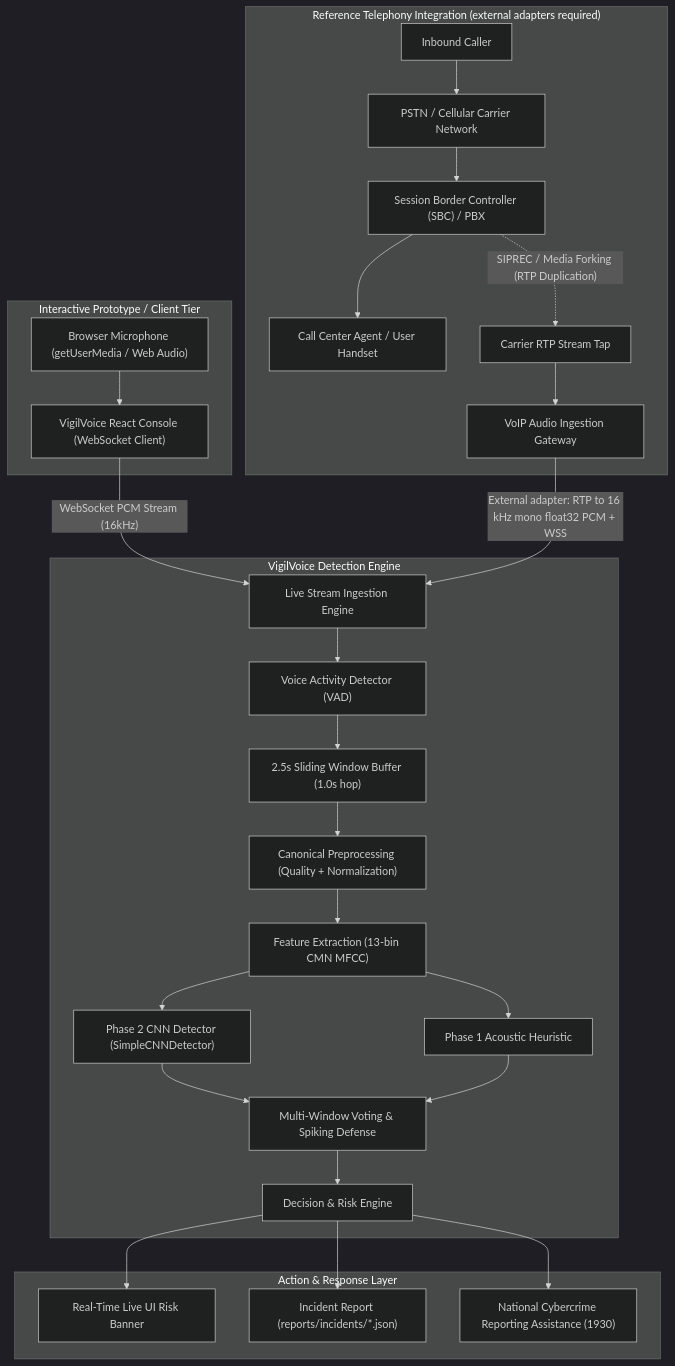
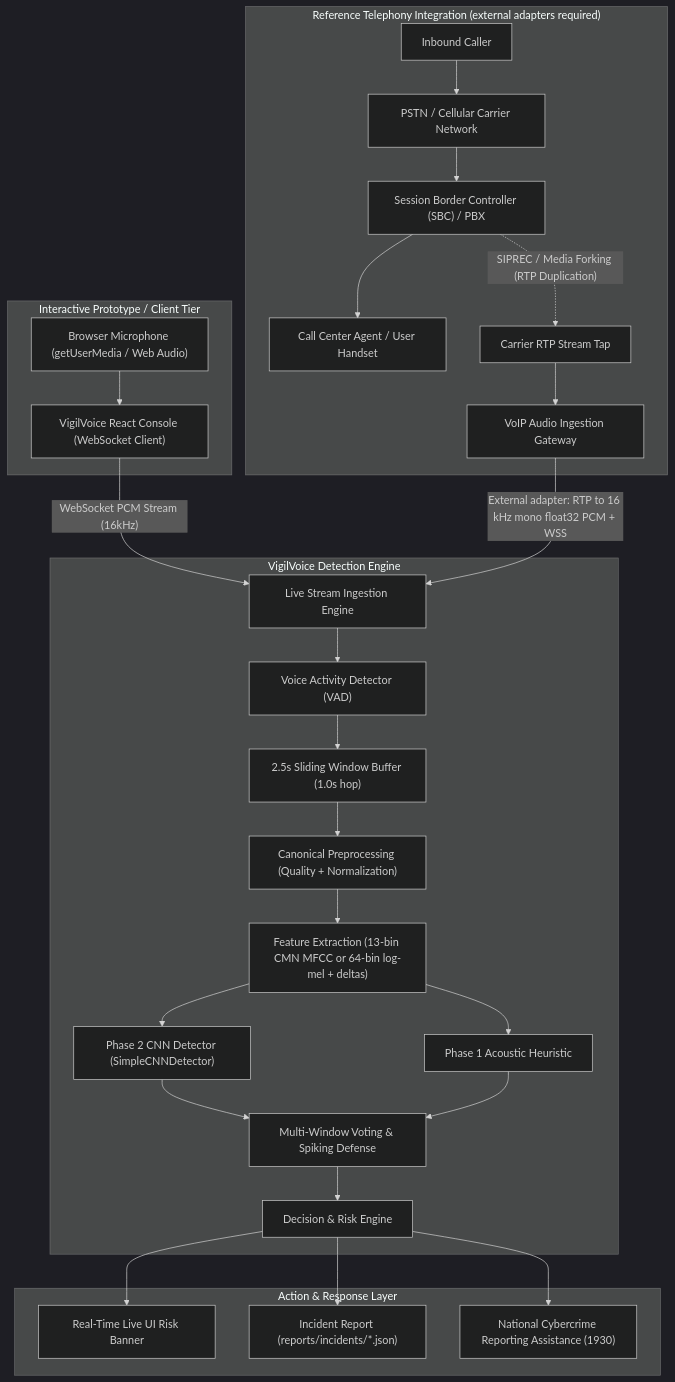
Before and after one commit to Abhi-Jha-18/vigil-voice: the diagram in README.md, drawn with Mermaid (dark theme). The commit also changed other lines of this file and 37 other files, not shown here.

````diff
--- a/README.md
+++ b/README.md
@@ -212,39 +212,39 @@
 ```mermaid
 flowchart TD
     subgraph ClientPrototype ["Interactive Prototype / Client Tier"]
         BrowserMic["Browser Microphone (getUserMedia / Web Audio)"] --> ClientWS["VigilVoice React Console (WebSocket Client)"]
     end
 
     subgraph ProductionTelephony ["Reference Telephony Integration (external adapters required)"]
         Caller["Inbound Caller"] --> PSTN["PSTN / Cellular Carrier Network"]
         PSTN --> SBC["Session Border Controller (SBC) / PBX"]
         SBC --> Agent["Call Center Agent / User Handset"]
         SBC -.->|"SIPREC / Media Forking (RTP Duplication)"| ForkedRTP["Carrier RTP Stream Tap"]
         ForkedRTP --> MediaGateway["VoIP Audio Ingestion Gateway"]
     end
 
     subgraph VigilVoiceEngine ["VigilVoice Detection Engine"]
         ClientWS -->|"WebSocket PCM Stream (16kHz)"| StreamIngest["Live Stream Ingestion Engine"]
         MediaGateway -->|"External adapter: RTP to 16 kHz mono float32 PCM + WSS"| StreamIngest
         
         StreamIngest --> VAD["Voice Activity Detector (VAD)"]
         VAD --> Slider["2.5s Sliding Window Buffer (1.0s hop)"]
         
         Slider --> Preprocessing["Canonical Preprocessing (Quality + Normalization)"]
-        Preprocessing --> Feats["Feature Extraction (13-bin CMN MFCC)"]
+        Preprocessing --> Feats["Feature Extraction (13-bin CMN MFCC or 64-bin log-mel + deltas)"]
         
         Feats --> CNN["Phase 2 CNN Detector (SimpleCNNDetector)"]
         Feats --> Heuristic["Phase 1 Acoustic Heuristic"]
         
         CNN --> Aggregator["Multi-Window Voting & Spiking Defense"]
         Heuristic --> Aggregator
         
         Aggregator --> Decision["Decision & Risk Engine"]
     end
 
     subgraph ResponseLayer ["Action & Response Layer"]
         Decision --> LiveAlerts["Real-Time Live UI Risk Banner"]
         Decision --> IncidentExport["Incident Report (reports/incidents/*.json)"]
         Decision --> PortalAssist["National Cybercrime Reporting Assistance (1930)"]
     end
 ```
````
